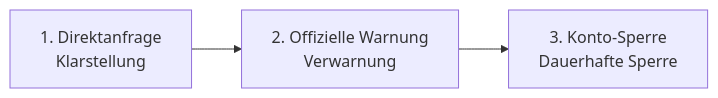
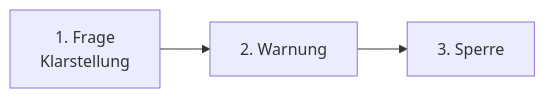
One commit to hbrns/voltfracht-wiki changed the diagram in docs/de/economy/fair-play.md. Above: the diagram before and after it, drawn with Mermaid. The commit also changed other lines of this file and 14 other files, not shown here.

````diff
--- a/docs/de/economy/fair-play.md
+++ b/docs/de/economy/fair-play.md
@@ -112,8 +91,8 @@
 ```mermaid
 graph LR
-    A["1. Direktanfrage<br>Klarstellung"]
-    B["2. Offizielle Warnung<br>Verwarnung"]
-    C["3. Konto-Sperre<br>Dauerhafte Sperre"]
+    A["1. Frage<br>Klarstellung"]
+    B["2. Warnung"]
+    C["3. Sperre"]
     
     A --> B --> C
 ```
````
